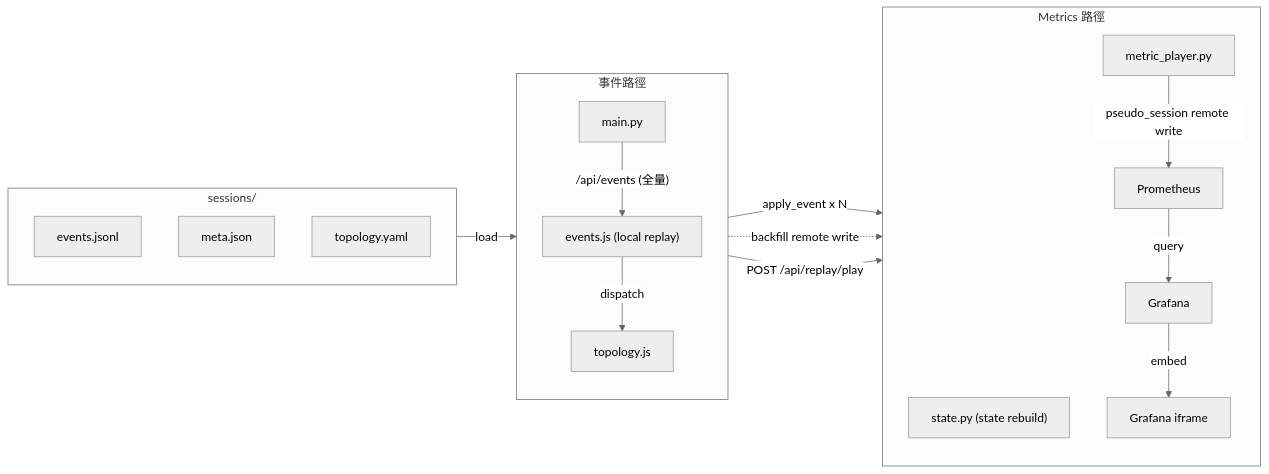
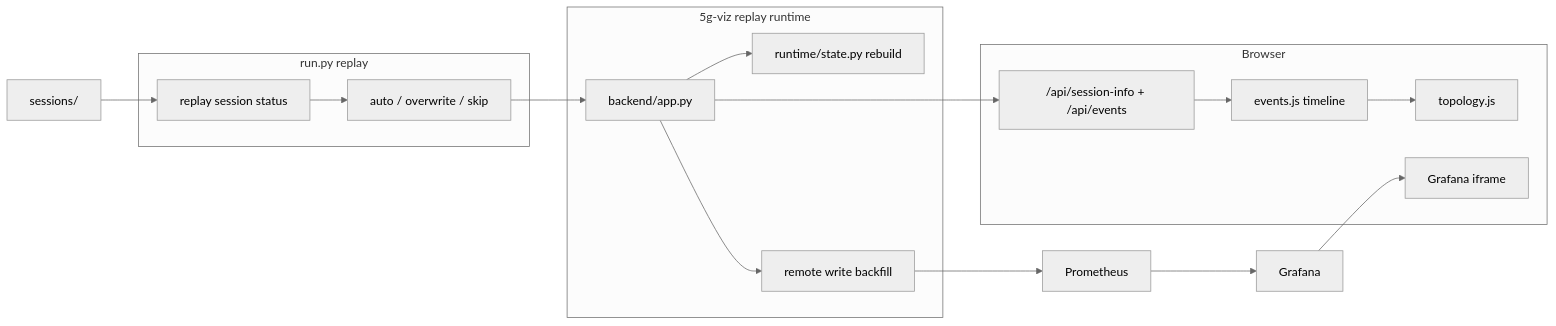
Before and after one commit to ChingJe/testbed-docs: the second of 2 diagrams in 5g-viz/design/overview/architecture.md, drawn with Mermaid (neutral theme). The commit also changed other lines of this file and 13 other files, not shown here.

````diff
--- a/5g-viz/design/overview/architecture.md
+++ b/5g-viz/design/overview/architecture.md
@@ -111,37 +137,37 @@
 ```mermaid
 flowchart LR
-    subgraph sess["sessions/"]
-        direction TB
-        evjsonl["events.jsonl"]
-        meta["meta.json"]
-        topyaml["topology.yaml"]
+    Sess["sessions/<id>"]
+
+    subgraph cli["run.py replay"]
+        status["replay session status"]
+        policy["auto / overwrite / skip"]
     end
 
-    subgraph col1["事件路徑"]
-        direction TB
-        main["main.py"]
-        evjs["events.js (local replay)"]
-        topo["topology.js"]
-
-        main -->|"/api/events (全量)"| evjs
-        evjs -->|dispatch| topo
+    subgraph app["5g-viz replay runtime"]
+        backend["backend/app.py"]
+        state["runtime/state.py rebuild"]
+        backfill["remote write backfill"]
     end
 
-    subgraph col2["Metrics 路徑"]
-        direction TB
-        state["state.py (state rebuild)"]
-        mp["metric_player.py"]
-        prom["Prometheus"]
-        graf["Grafana"]
-        iframe["Grafana iframe"]
-
-        mp -->|"pseudo_session remote write"| prom
-        prom -->|query| graf
-        graf -->|embed| iframe
+    subgraph browser["Browser"]
+        api["/api/session-info + /api/events"]
+        ev["events.js timeline"]
+        topo["topology.js"]
+        gif["Grafana iframe"]
     end
 
-    sess -->|load| main
-    main -->|"apply_event x N"| state
-    main -.->|"backfill remote write"| prom
-    evjs -->|"POST /api/replay/play"| mp
+    Prom["Prometheus"]
+    Graf["Grafana"]
+
+    Sess --> status
+    status --> policy
+    policy --> backend
+    backend --> state
+    backend --> backfill
+    backfill --> Prom
+    backend --> api
+    api --> ev
+    ev --> topo
+    Prom --> Graf
+    Graf --> gif
 ```
````
